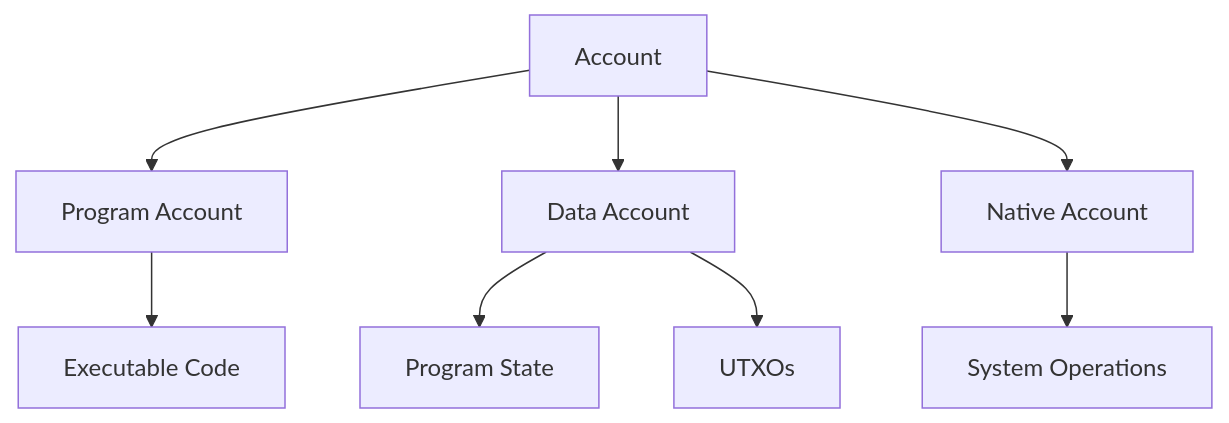
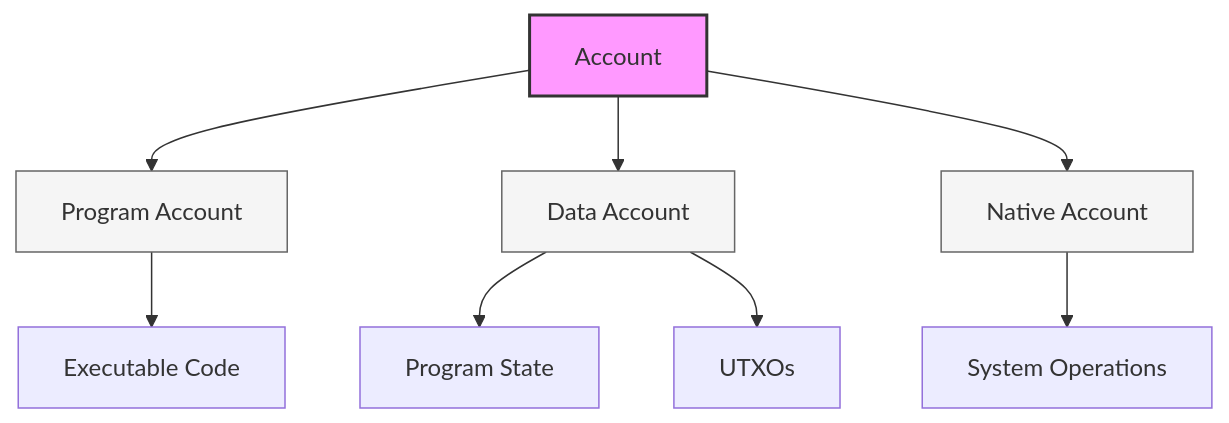
The first of 2 diagrams in src/program/accounts.md (Arch-Network/book), drawn with Mermaid before and after one commit. The commit also changed other lines of this file and 6 other files, not shown here.

Commit message:
Mermaid diagrams

````diff
--- a/src/program/accounts.md
+++ b/src/program/accounts.md
@@ -11,10 +11,15 @@
 ```mermaid
-graph TD
+flowchart TD
     A[Account] --> B[Program Account]
     A --> C[Data Account]
     A --> D[Native Account]
     B --> E[Executable Code]
     C --> F[Program State]
     C --> G[UTXOs]
     D --> H[System Operations]
+
+    style A fill:#f9f,stroke:#333,stroke-width:2px
+    style B fill:#f5f5f5,stroke:#666
+    style C fill:#f5f5f5,stroke:#666
+    style D fill:#f5f5f5,stroke:#666
 ```
````
